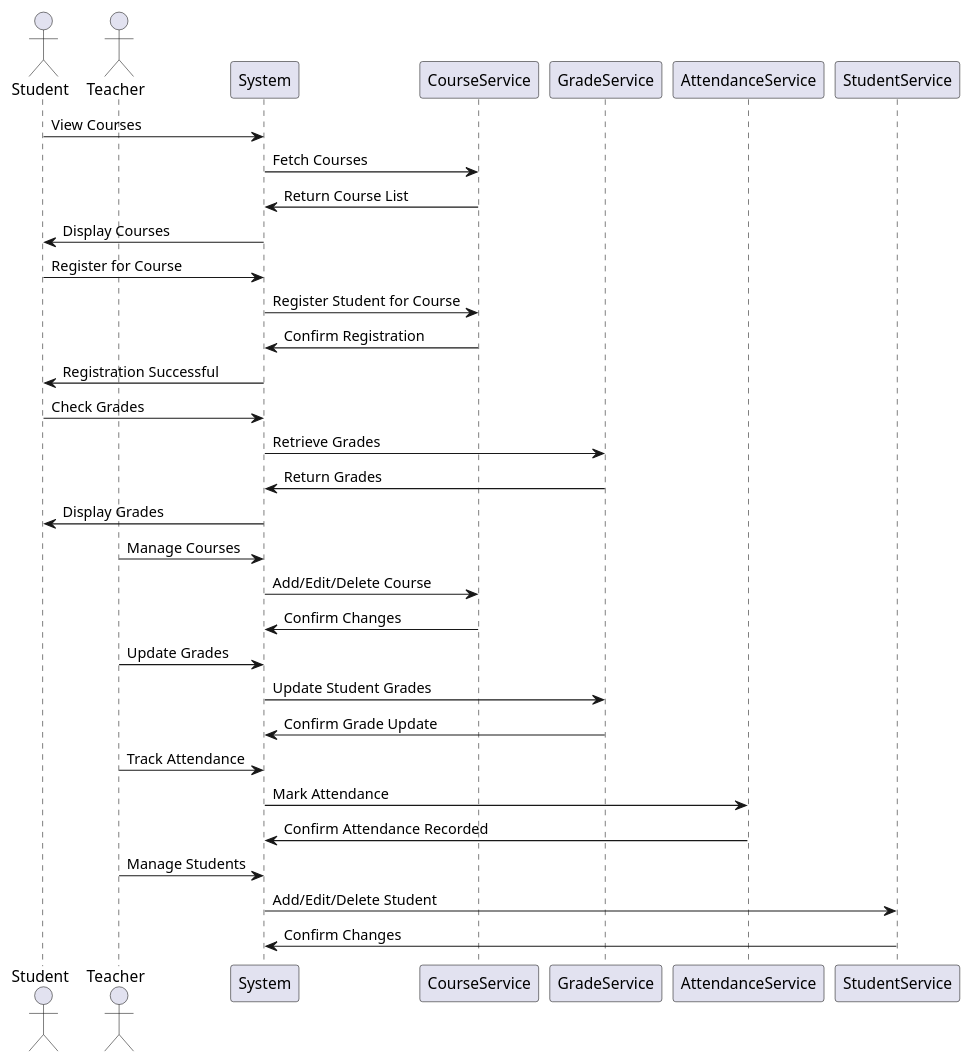
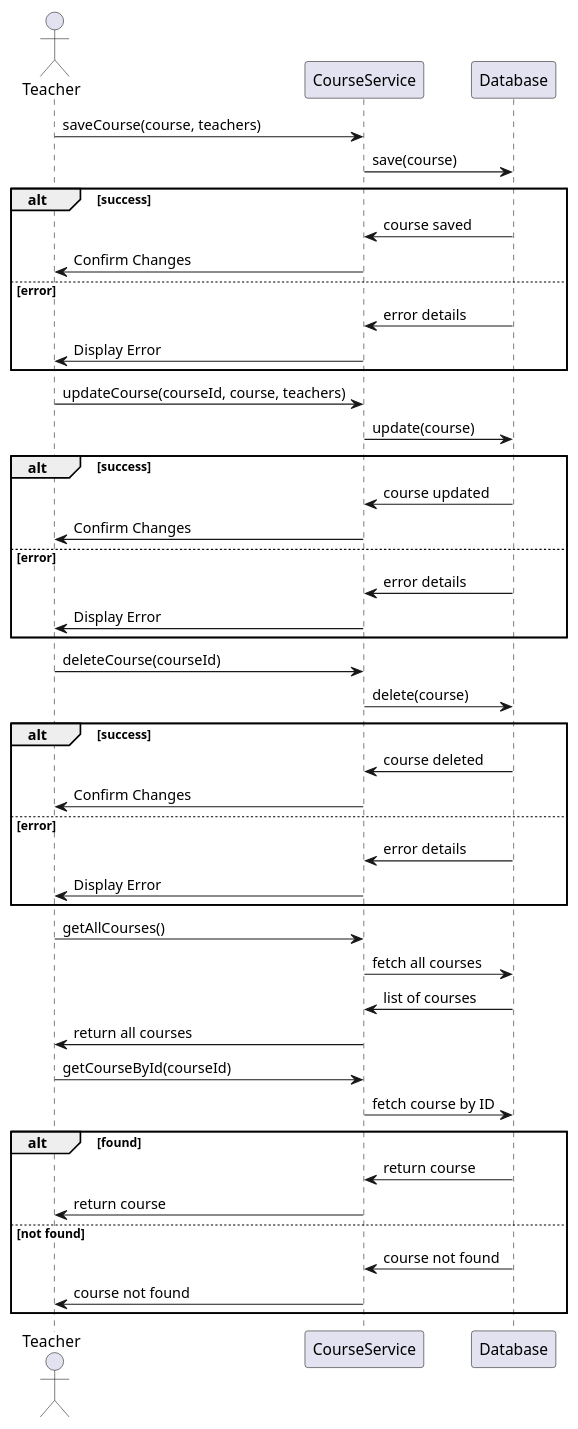
The diagram in student-information-app/src/main/resources/diagrams/sequence_diagram.puml (gitober/Student-Information-System), drawn with PlantUML before and after one commit. The commit also changed 8 other files, not shown here.

```diff
--- a/student-information-app/src/main/resources/diagrams/sequence_diagram.puml
+++ b/student-information-app/src/main/resources/diagrams/sequence_diagram.puml
@@ -1,36 +1,49 @@
 @startuml
-actor Student
 actor Teacher
 
-Student -> System: View Courses
-System -> CourseService: Fetch Courses
-CourseService -> System: Return Course List
-System -> Student: Display Courses
+Teacher -> CourseService: saveCourse(course, teachers)
+CourseService -> Database: save(course)
+alt success
+    Database -> CourseService: course saved
+    CourseService -> Teacher: Confirm Changes
+else error
+    Database -> CourseService: error details
+    CourseService -> Teacher: Display Error
+end
 
-Student -> System: Register for Course
-System -> CourseService: Register Student for Course
-CourseService -> System: Confirm Registration
-System -> Student: Registration Successful
+Teacher -> CourseService: updateCourse(courseId, course, teachers)
+CourseService -> Database: update(course)
+alt success
+    Database -> CourseService: course updated
+    CourseService -> Teacher: Confirm Changes
+else error
+    Database -> CourseService: error details
+    CourseService -> Teacher: Display Error
+end
 
-Student -> System: Check Grades
-System -> GradeService: Retrieve Grades
-GradeService -> System: Return Grades
-System -> Student: Display Grades
+Teacher -> CourseService: deleteCourse(courseId)
+CourseService -> Database: delete(course)
+alt success
+    Database -> CourseService: course deleted
+    CourseService -> Teacher: Confirm Changes
+else error
+    Database -> CourseService: error details
+    CourseService -> Teacher: Display Error
+end
 
-Teacher -> System: Manage Courses
-System -> CourseService: Add/Edit/Delete Course
-CourseService -> System: Confirm Changes
+Teacher -> CourseService: getAllCourses()
+CourseService -> Database: fetch all courses
+Database -> CourseService: list of courses
+CourseService -> Teacher: return all courses
 
-Teacher -> System: Update Grades
-System -> GradeService: Update Student Grades
-GradeService -> System: Confirm Grade Update
-
-Teacher -> System: Track Attendance
-System -> AttendanceService: Mark Attendance
-AttendanceService -> System: Confirm Attendance Recorded
-
-Teacher -> System: Manage Students
-System -> StudentService: Add/Edit/Delete Student
-StudentService -> System: Confirm Changes
+Teacher -> CourseService: getCourseById(courseId)
+CourseService -> Database: fetch course by ID
+alt found
+    Database -> CourseService: return course
+    CourseService -> Teacher: return course
+else not found
+    Database -> CourseService: course not found
+    CourseService -> Teacher: course not found
+end
 
 @enduml
```
